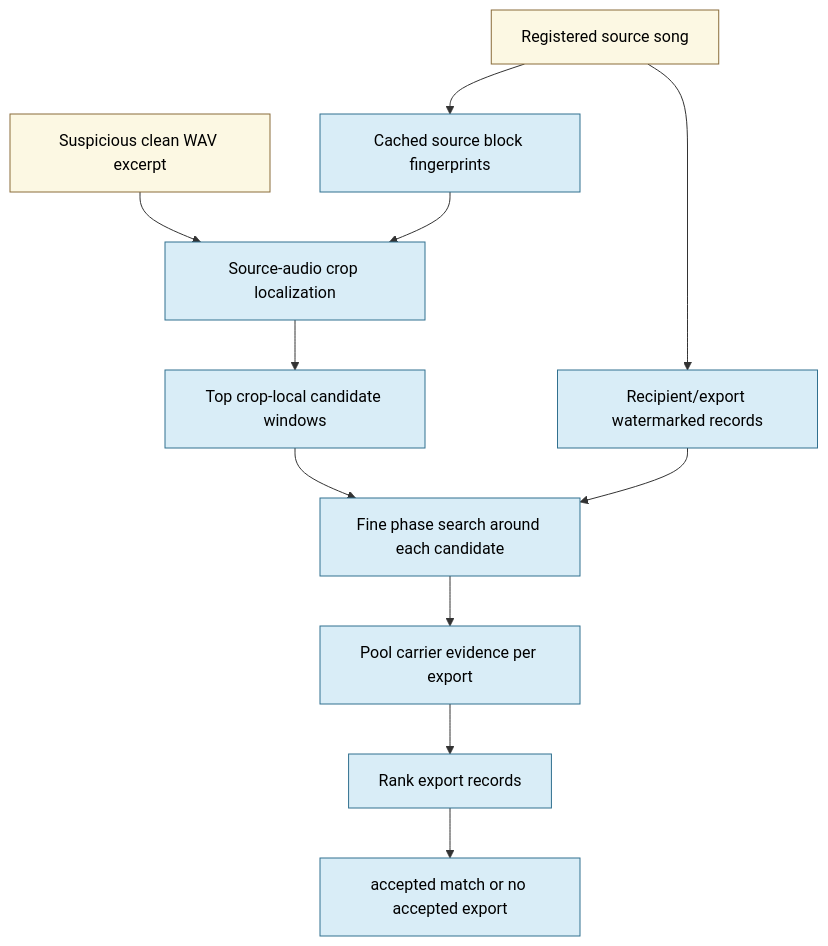
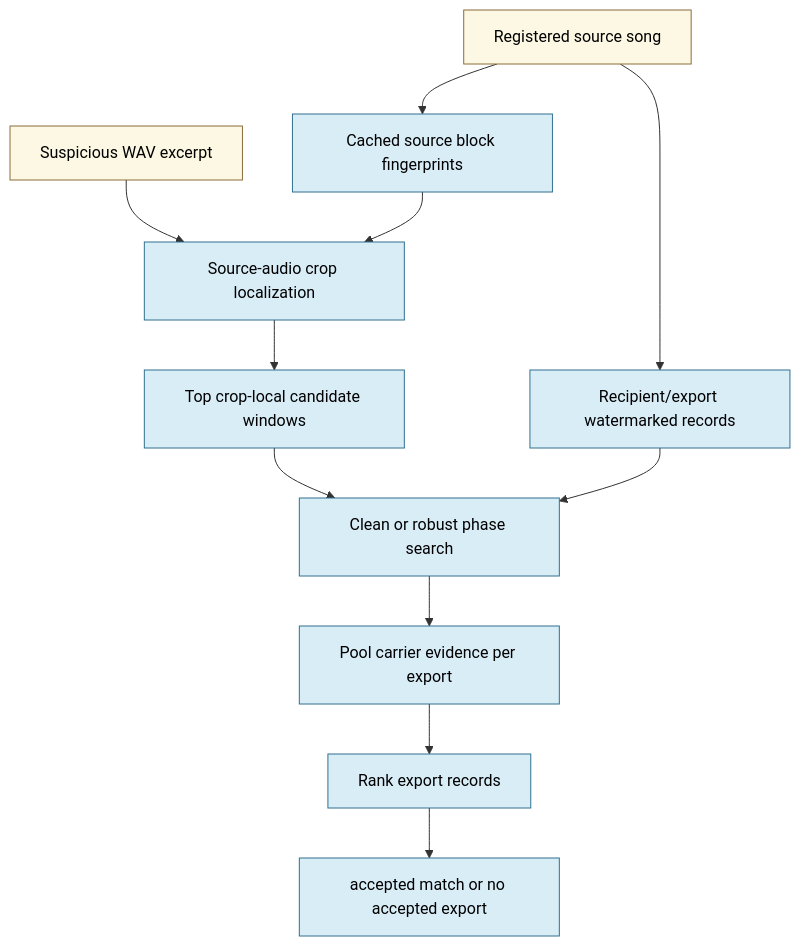
Before and after one commit to jaylebakken/StegaSaurus: the fifth of 5 diagrams in docs/process_diagrams.md, drawn with Mermaid. The commit also changed other lines of this file and 49 other files, not shown here.

Commit message:
Added experimentation for full recovery of parent child watermarks.  parses in full 15 second watermark fallback in waterfall flow

````diff
--- a/docs/process_diagrams.md
+++ b/docs/process_diagrams.md
@@ -184,18 +184,18 @@
 ```mermaid
 flowchart TD
     source["Registered source song"] --> fp["Cached source block fingerprints"]
     source --> exports["Recipient/export watermarked records"]
-    excerpt["Suspicious clean WAV excerpt"] --> localize["Source-audio crop localization"]
+    excerpt["Suspicious WAV excerpt"] --> localize["Source-audio crop localization"]
     fp --> localize
     localize --> candidates["Top crop-local candidate windows"]
-    candidates --> phase["Fine phase search around each candidate"]
+    candidates --> phase["Clean or robust phase search"]
     exports --> phase
     phase --> pool["Pool carrier evidence per export"]
     pool --> rank["Rank export records"]
     rank --> decision["accepted match or no accepted export"]
 
     classDef current fill:#d9edf7,stroke:#31708f,color:#000;
     classDef boundary fill:#fcf8e3,stroke:#8a6d3b,color:#000;
     class source,excerpt boundary;
     class fp,exports,localize,candidates,phase,pool,rank,decision current;
 ```
````
